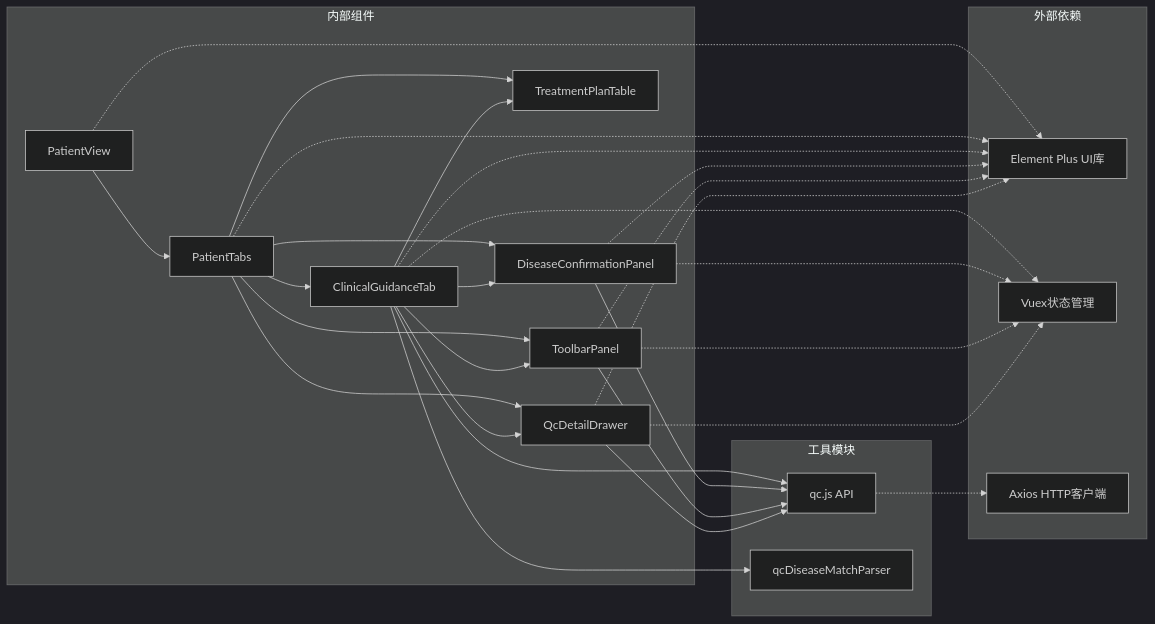
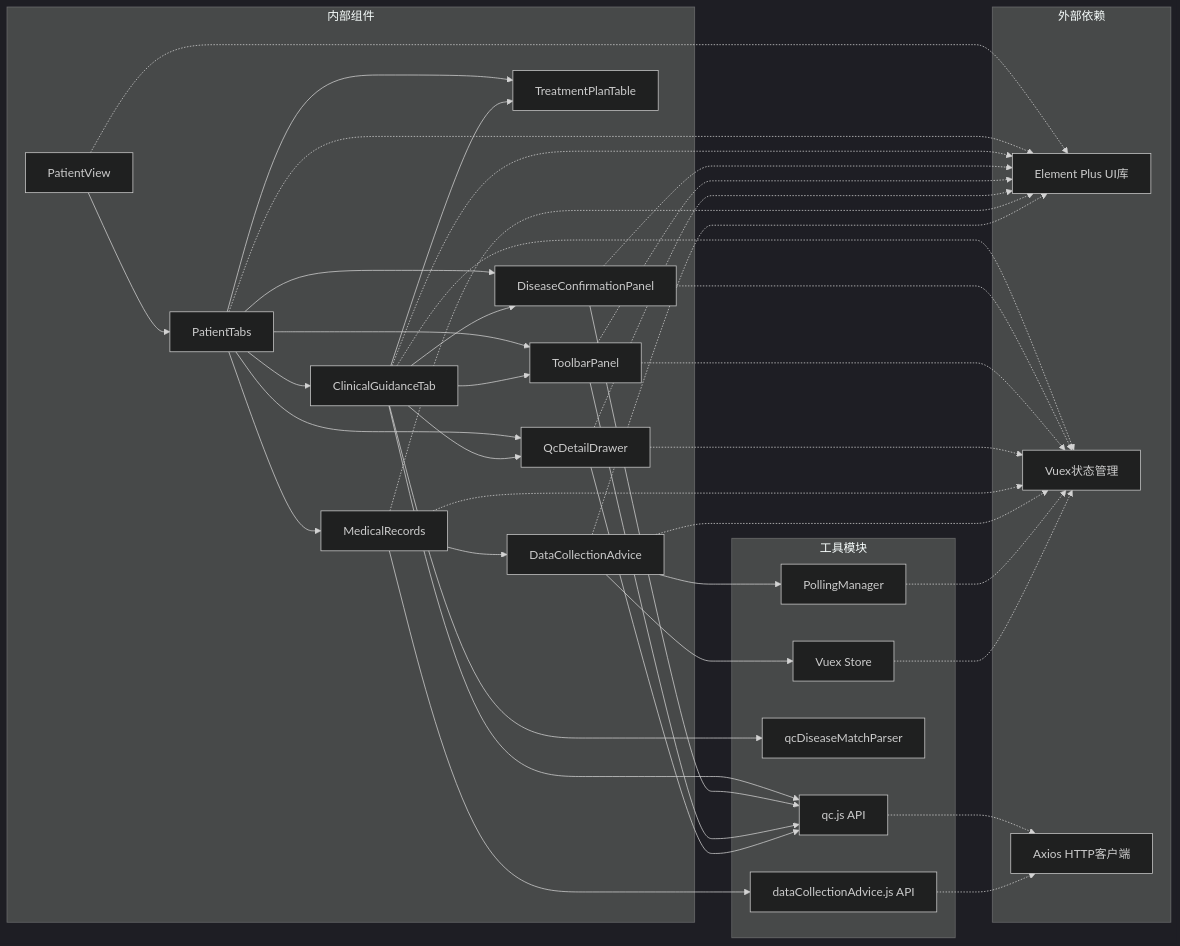
Before and after one commit to liuzh2008/med_ai_assistant_workspace: diagram 20 of 20 in .qoder/repowiki/zh/content/临床指引Tab.md, drawn with Mermaid (dark theme). The commit also changed other lines of this file and 6 other files, not shown here.

````diff
--- a/.qoder/repowiki/zh/content/临床指引Tab.md
+++ b/.qoder/repowiki/zh/content/临床指引Tab.md
@@ -630,47 +913,64 @@
 ```mermaid
 graph LR
 subgraph "外部依赖"
 ElementPlus[Element Plus UI库]
 Vue[Vuex状态管理]
 Axios[Axios HTTP客户端]
 end
 subgraph "内部组件"
 PatientView[PatientView]
 PatientTabs[PatientTabs]
 ClinicalGuidanceTab[ClinicalGuidanceTab]
 DiseaseConfirmationPanel[DiseaseConfirmationPanel]
 TreatmentPlanTable[TreatmentPlanTable]
 ToolbarPanel[ToolbarPanel]
 QcDetailDrawer[QcDetailDrawer]
+MedicalRecords[MedicalRecords]
+DataCollectionAdvice[DataCollectionAdvice]
 end
 subgraph "工具模块"
 qcAPI[qc.js API]
+dcaAPI[dataCollectionAdvice.js API]
 parser[qcDiseaseMatchParser]
+pm[PollingManager]
+store[Vuex Store]
 end
 PatientView --> PatientTabs
 PatientTabs --> ClinicalGuidanceTab
 PatientTabs --> DiseaseConfirmationPanel
 PatientTabs --> TreatmentPlanTable
 PatientTabs --> ToolbarPanel
 PatientTabs --> QcDetailDrawer
+PatientTabs --> MedicalRecords
+MedicalRecords --> DataCollectionAdvice
 ClinicalGuidanceTab --> DiseaseConfirmationPanel
 ClinicalGuidanceTab --> TreatmentPlanTable
 ClinicalGuidanceTab --> ToolbarPanel
 ClinicalGuidanceTab --> QcDetailDrawer
 ClinicalGuidanceTab --> qcAPI
 ClinicalGuidanceTab --> parser
 DiseaseConfirmationPanel --> qcAPI
 ToolbarPanel --> qcAPI
 QcDetailDrawer --> qcAPI
+MedicalRecords --> dcaAPI
+DataCollectionAdvice --> pm
+DataCollectionAdvice --> store
 PatientView -.-> ElementPlus
 PatientTabs -.-> ElementPlus
 ClinicalGuidanceTab -.-> ElementPlus
 DiseaseConfirmationPanel -.-> ElementPlus
 ToolbarPanel -.-> ElementPlus
 QcDetailDrawer -.-> ElementPlus
+MedicalRecords -.-> ElementPlus
+DataCollectionAdvice -.-> ElementPlus
 ClinicalGuidanceTab -.-> Vue
 DiseaseConfirmationPanel -.-> Vue
 ToolbarPanel -.-> Vue
 QcDetailDrawer -.-> Vue
+MedicalRecords -.-> Vue
+DataCollectionAdvice -.-> Vue
 qcAPI -.-> Axios
+dcaAPI -.-> Axios
+pm -.-> Vue
+store -.-> Vue
 ```
````
